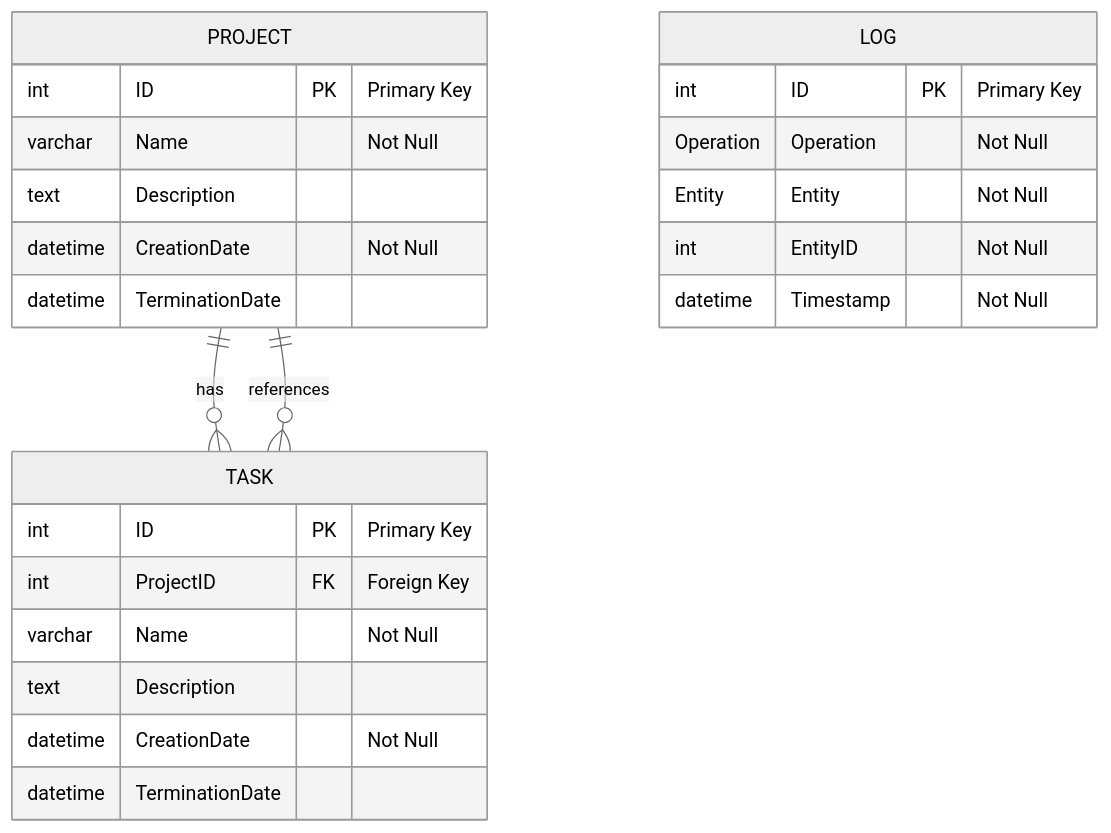
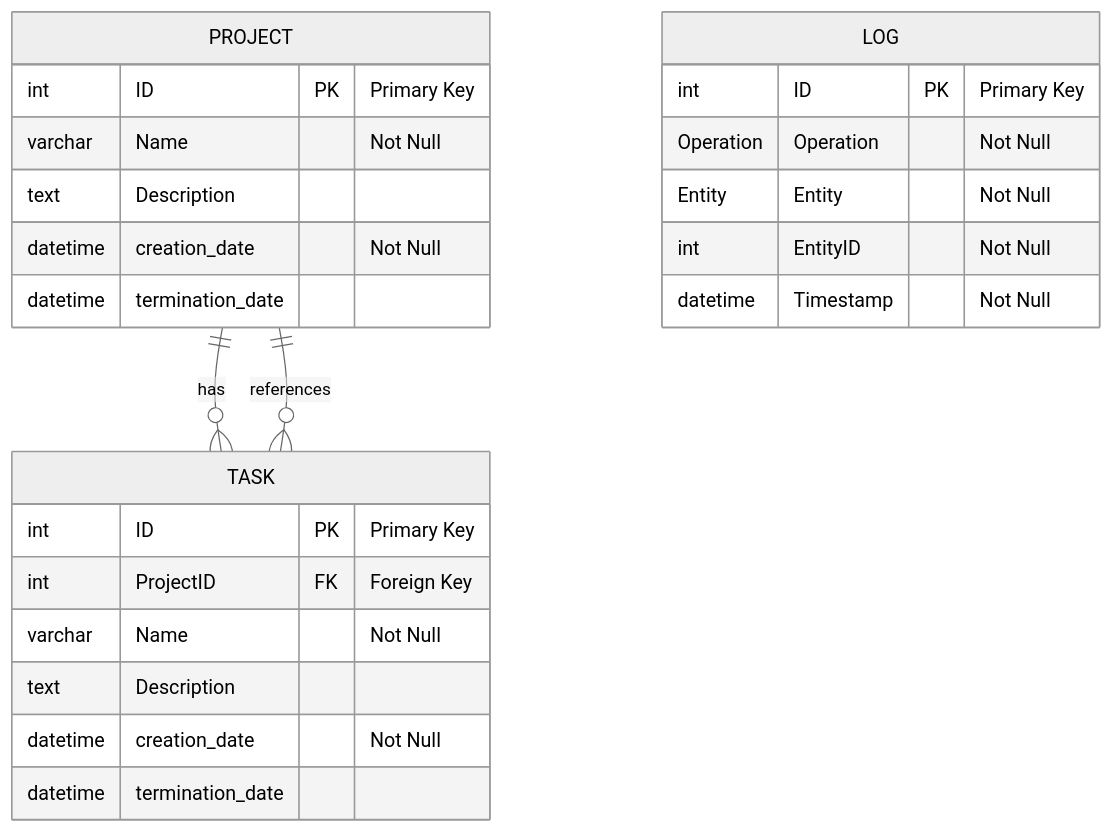
The diagram in README.md (UniVHub/Task-And-Project-Manager), drawn with Mermaid (neutral theme) before and after one commit. The commit also changed other lines of this file and 14 other files, not shown here.

````diff
--- a/README.md
+++ b/README.md
@@ -17,30 +17,30 @@
 ```mermaid
 erDiagram
     PROJECT {
         int ID PK "Primary Key"
         varchar Name "Not Null"
         text Description
-        datetime CreationDate "Not Null"
-        datetime TerminationDate
+        datetime creation_date "Not Null"
+        datetime termination_date
     }
-    
+
     TASK {
         int ID PK "Primary Key"
         int ProjectID FK "Foreign Key"
         varchar Name "Not Null"
         text Description
-        datetime CreationDate "Not Null"
-        datetime TerminationDate
+        datetime creation_date "Not Null"
+        datetime termination_date
     }
-    
+
     LOG {
         int ID PK "Primary Key"
         Operation Operation "Not Null"
         Entity Entity "Not Null"
         int EntityID "Not Null"
         datetime Timestamp "Not Null"
     }
 
     PROJECT ||--o{ TASK : has
     TASK }o--|| PROJECT : references
 ```
````
